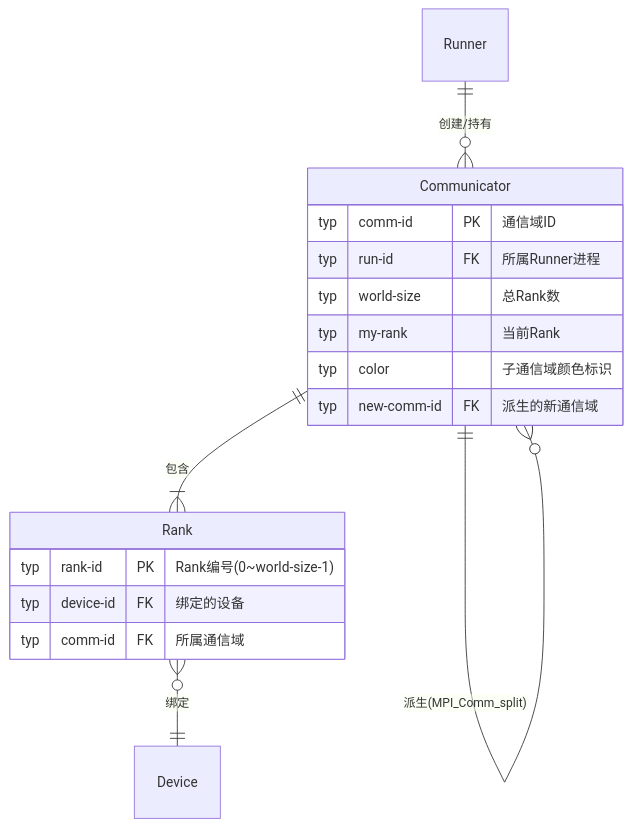
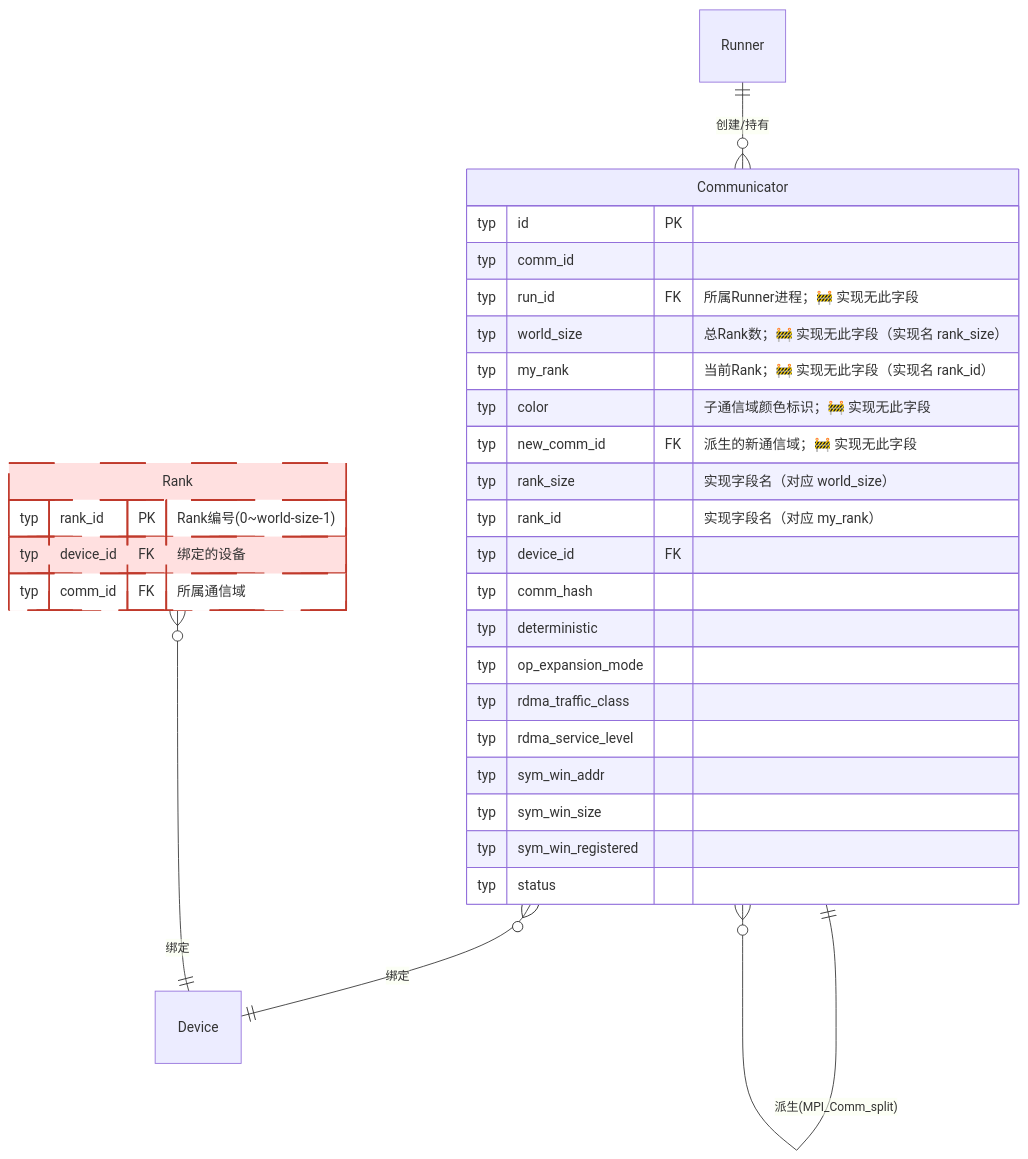
Diagram 12 of 19 in test/hccl_vm/docs/simulator_runner_data_model.md (Fengfengst123/hcomm-mirror), drawn with Mermaid before and after one commit. The commit also changed other lines of this file and 701 other files, not shown here.

````diff
--- a/test/hccl_vm/docs/simulator_runner_data_model.md
+++ b/test/hccl_vm/docs/simulator_runner_data_model.md
@@ -886,23 +1077,39 @@
 ```mermaid
 erDiagram
     %% ==========================================
     %% 通信域定义 (HCCL Communicator)
     %% ==========================================
     Communicator {
-        typ comm-id PK "通信域ID"
-        typ run-id FK "所属Runner进程"
-        typ world-size "总Rank数"
-        typ my-rank "当前Rank"
-        typ color "子通信域颜色标识"
-        typ new-comm-id FK "派生的新通信域"
+        typ id PK
+        typ comm_id
+        typ run_id FK "所属Runner进程；🚧 实现无此字段"
+        typ world_size "总Rank数；🚧 实现无此字段（实现名 rank_size）"
+        typ my_rank "当前Rank；🚧 实现无此字段（实现名 rank_id）"
+        typ color "子通信域颜色标识；🚧 实现无此字段"
+        typ new_comm_id FK "派生的新通信域；🚧 实现无此字段"
+        typ rank_size "实现字段名（对应 world_size）"
+        typ rank_id "实现字段名（对应 my_rank）"
+        typ device_id FK
+        typ comm_hash
+        typ deterministic
+        typ op_expansion_mode
+        typ rdma_traffic_class
+        typ rdma_service_level
+        typ sym_win_addr
+        typ sym_win_size
+        typ sym_win_registered
+        typ status
     }
     Rank {
-        typ rank-id PK "Rank编号(0~world-size-1)"
-        typ device-id FK "绑定的设备"
-        typ comm-id FK "所属通信域"
+        typ rank_id PK "Rank编号(0~world-size-1)"
+        typ device_id FK "绑定的设备"
+        typ comm_id FK "所属通信域"
     }
     Runner ||--o{ Communicator : "创建/持有"
-    Communicator ||--|{ Rank : "包含"
+    Communicator }o--|| Device : "绑定"
     Rank }o--|| Device : "绑定"
     Communicator ||--o{ Communicator : "派生(MPI_Comm_split)"
+
+    classDef unimplemented fill:#ffe0e0,stroke:#c0392b,stroke-width:2px,stroke-dasharray:5 3
+    class Rank unimplemented
 ```
````
